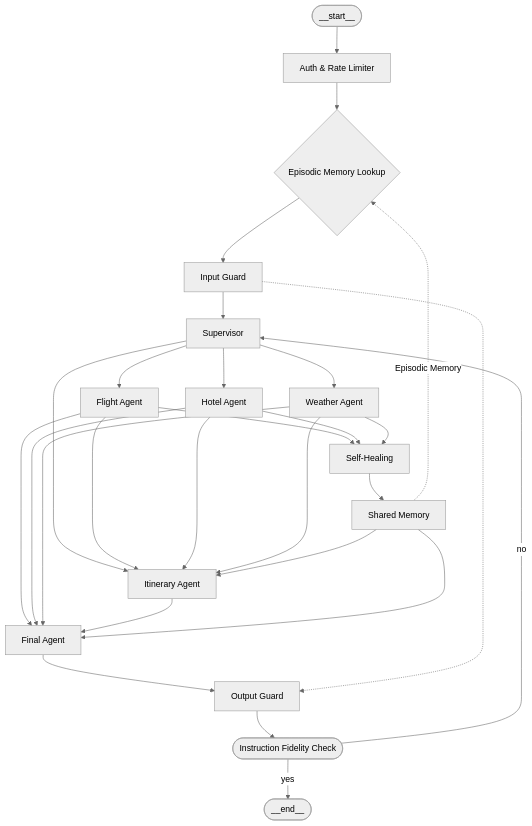
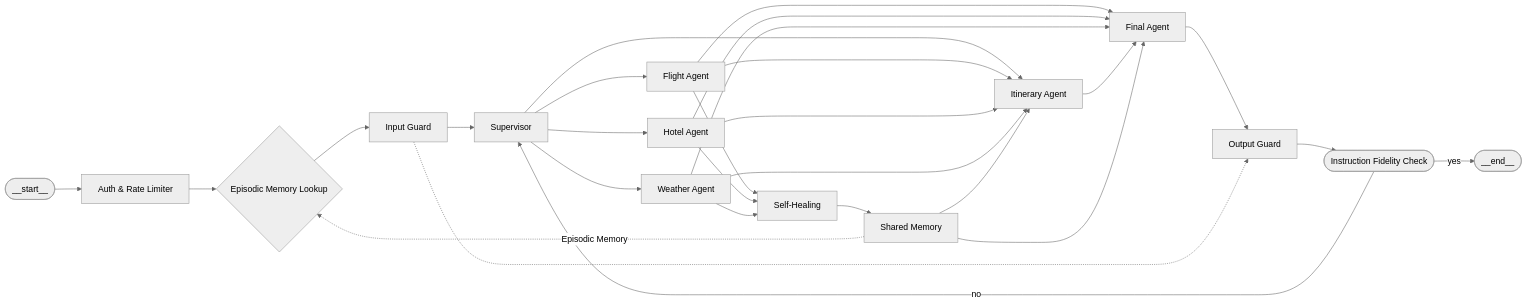
The diagram in README.md (mohamed2012004/Travel-Mate-AI), drawn with Mermaid (neutral theme) before and after one commit.

````diff
--- a/README.md
+++ b/README.md
@@ -52,31 +52,31 @@
 ```mermaid
-flowchart TD
+flowchart LR
     Start([__start__])
     Start --> Edge["Auth & Rate Limiter"]
     Edge --> Cache{"Episodic Memory Lookup"}
     Cache --> InputGuard["Input Guard"]
     InputGuard --> Router["Supervisor"]
     Router --> Flight["Flight Agent"]
     Router --> Hotel["Hotel Agent"]
     Router --> Weather["Weather Agent"]
     Router --> Itinerary["Itinerary Agent"]
     Flight --> Healing["Self-Healing"]
     Hotel --> Healing
     Weather --> Healing
     Healing --> Shared["Shared Memory"]
     Flight --> Itinerary
     Hotel --> Itinerary
     Weather --> Itinerary
     Shared --> Itinerary
     Shared -.->|Episodic Memory| Cache
     Flight --> Final["Final Agent"]
     Hotel --> Final
     Weather --> Final
     Itinerary --> Final
     Shared --> Final
     Final --> OutputGuard["Output Guard"]
     OutputGuard --> Fidelity([Instruction Fidelity Check])
     Fidelity -->|yes| End([__end__])
     Fidelity -->|no| Router
     InputGuard -.-> OutputGuard
 ```
````
